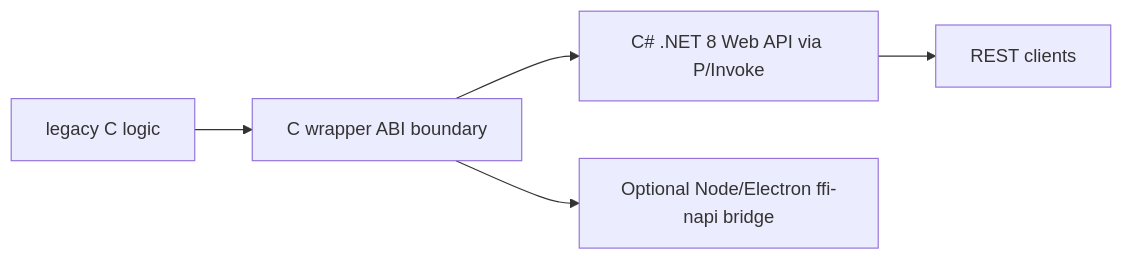
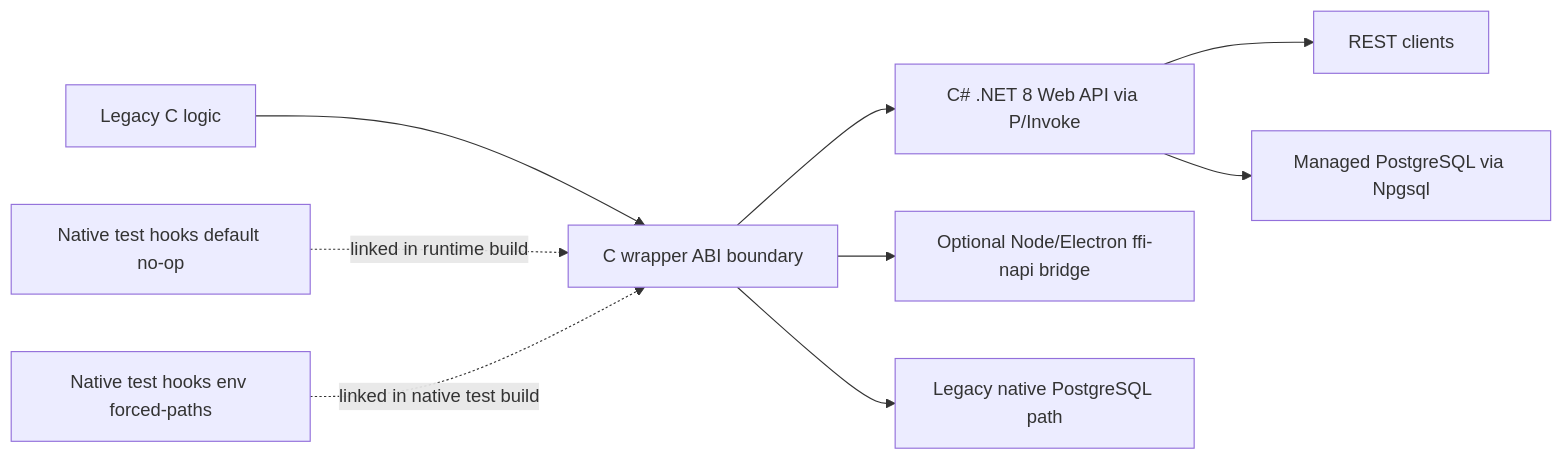
Before and after one commit to LahkLeKey/Banana: the first of 2 diagrams in README.md, drawn with Mermaid. The commit also changed other lines of this file, not shown here.

````diff
--- a/README.md
+++ b/README.md
@@ -7,7 +7,11 @@
 ```mermaid
 flowchart LR
-    Legacy[legacy C logic] --> Wrapper[C wrapper ABI boundary]
-    Wrapper --> Api[C# .NET 8 Web API via P/Invoke]
-    Wrapper --> Node[Optional Node/Electron ffi-napi bridge]
-    Api --> Client[REST clients]
+  Legacy[Legacy C logic] --> Wrapper[C wrapper ABI boundary]
+  Wrapper --> Api[C# .NET 8 Web API via P/Invoke]
+  Wrapper --> Node[Optional Node/Electron ffi-napi bridge]
+  Api --> Client[REST clients]
+  Api --> ManagedDb[Managed PostgreSQL via Npgsql]
+  Wrapper --> NativeDb[Legacy native PostgreSQL path]
+  HookDefault[Native test hooks default no-op] -.linked in runtime build.-> Wrapper
+  HookEnv[Native test hooks env forced-paths] -.linked in native test build.-> Wrapper
 ```
````
